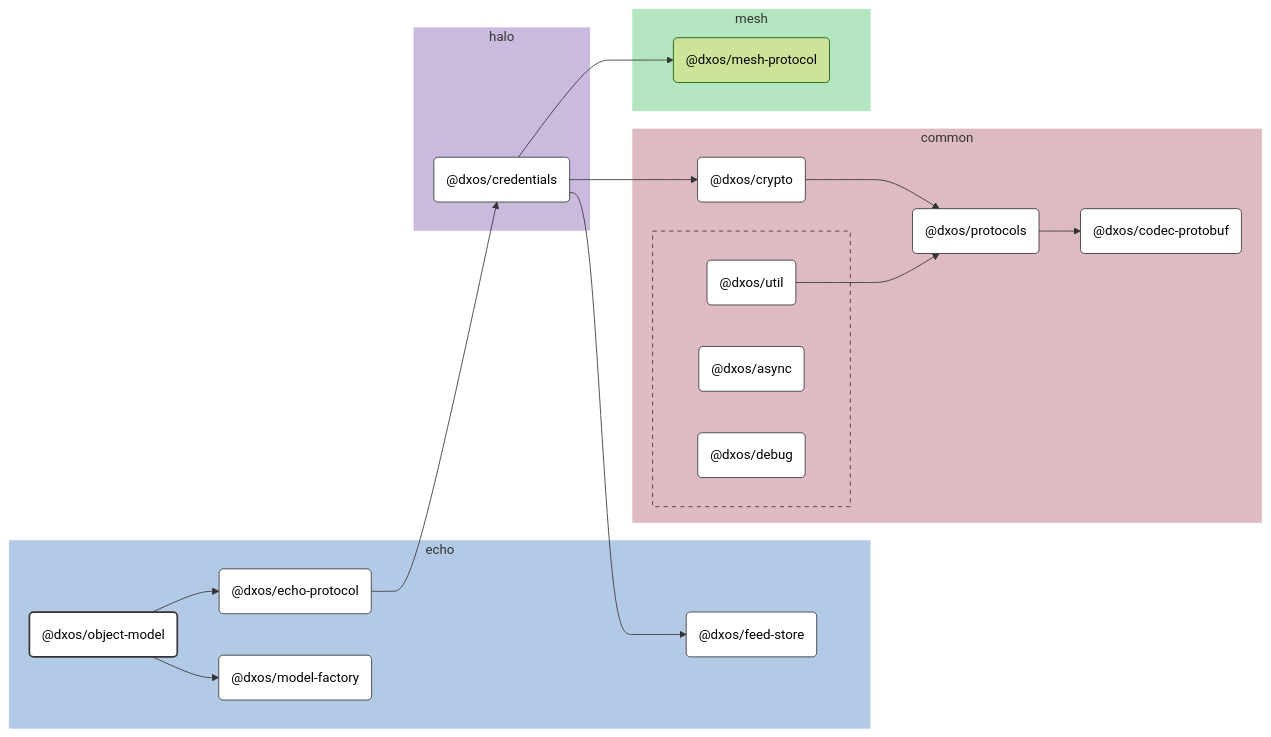
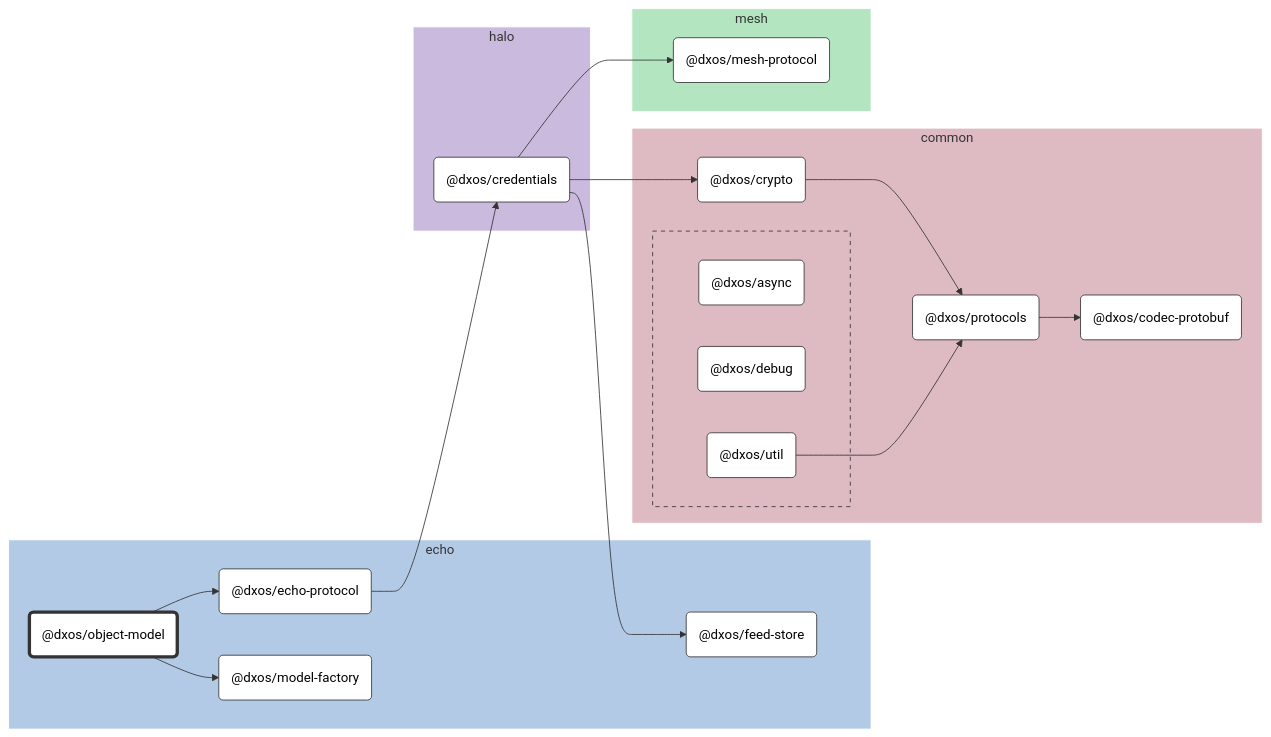
Before and after one commit to dxos/dxos: the diagram in packages/echo/object-model/docs/README.md, drawn with Mermaid (forest theme). The commit also changed other lines of this file and 104 other files, not shown here.

````diff
--- a/packages/echo/object-model/docs/README.md
+++ b/packages/echo/object-model/docs/README.md
@@ -9,83 +9,65 @@
 
 flowchart LR
 
-%% Links
-dxos/credentials --> dxos/crypto;
-dxos/credentials --> dxos/feed-store;
-dxos/credentials --> dxos/mesh-protocol;
-dxos/crypto --> dxos/protocols;
-dxos/echo-protocol --> dxos/credentials;
-dxos/object-model --> dxos/echo-protocol;
-dxos/object-model --> dxos/model-factory;
-dxos/protocols --> dxos/codec-protobuf;
-dxos/util --> dxos/protocols;
+%% Classes
+classDef def fill:#fff,stroke:#333,stroke-width:1px
+classDef root fill:#fff,stroke:#333,stroke-width:4px
 
-%% Sections
-subgraph echo
-  style echo fill:#b3cae6,stroke:#fff;
+%% Nodes
 
-  dxos/echo-protocol("@dxos/echo-protocol")
-  dxos/feed-store("@dxos/feed-store")
-  dxos/model-factory("@dxos/model-factory")
-  dxos/object-model("@dxos/object-model")
+subgraph echo [echo]
+  style echo fill:#b3cae6,stroke:#fff
+  dxos/object-model("@dxos/object-model"):::root
+  click dxos/object-model "dxos/dxos/tree/main/packages/echo/object-model/docs"
+  dxos/echo-protocol("@dxos/echo-protocol"):::def
+  click dxos/echo-protocol "dxos/dxos/tree/main/packages/echo/echo-protocol/docs"
+  dxos/feed-store("@dxos/feed-store"):::def
+  click dxos/feed-store "dxos/dxos/tree/main/packages/echo/feed-store/docs"
+  dxos/model-factory("@dxos/model-factory"):::def
+  click dxos/model-factory "dxos/dxos/tree/main/packages/echo/model-factory/docs"
 end
 
-subgraph common
-  style common fill:#debac2,stroke:#fff;
-
-  dxos/codec-protobuf("@dxos/codec-protobuf")
-  dxos/crypto("@dxos/crypto")
-  dxos/protocols("@dxos/protocols")
+subgraph common [common]
+  style common fill:#debac2,stroke:#fff
+  dxos/codec-protobuf("@dxos/codec-protobuf"):::def
+  click dxos/codec-protobuf "dxos/dxos/tree/main/packages/common/codec-protobuf/docs"
+  dxos/crypto("@dxos/crypto"):::def
+  click dxos/crypto "dxos/dxos/tree/main/packages/common/crypto/docs"
+  dxos/protocols("@dxos/protocols"):::def
+  click dxos/protocols "dxos/dxos/tree/main/packages/common/protocols/docs"
 
   subgraph common-excluded [ ]
-    style common-excluded fill:#debac2,stroke:#333,stroke-dasharray:5 5;
-
-    dxos/async("@dxos/async")
-    dxos/debug("@dxos/debug")
-    dxos/util("@dxos/util")
+    style common-excluded fill:#debac2,stroke:#333,stroke-dasharray:5 5
+    dxos/async("@dxos/async"):::def
+    click dxos/async "dxos/dxos/tree/main/packages/common/async/docs"
+    dxos/debug("@dxos/debug"):::def
+    click dxos/debug "dxos/dxos/tree/main/packages/common/debug/docs"
+    dxos/util("@dxos/util"):::def
+    click dxos/util "dxos/dxos/tree/main/packages/common/util/docs"
   end
 end
 
-subgraph halo
-  style halo fill:#cabade,stroke:#fff;
-
-  dxos/credentials("@dxos/credentials")
+subgraph halo [halo]
+  style halo fill:#cabade,stroke:#fff
+  dxos/credentials("@dxos/credentials"):::def
+  click dxos/credentials "dxos/dxos/tree/main/packages/halo/credentials/docs"
 end
 
-subgraph mesh
-  style mesh fill:#b3e6c0,stroke:#fff;
-
-  dxos/mesh-protocol("@dxos/mesh-protocol")
+subgraph mesh [mesh]
+  style mesh fill:#b3e6c0,stroke:#fff
+  dxos/mesh-protocol("@dxos/mesh-protocol"):::def
+  click dxos/mesh-protocol "dxos/dxos/tree/main/packages/mesh/mesh-protocol/docs"
 end
 
-
-%% Hyperlinks
-click dxos/async "dxos/dxos/tree/main/packages/common/async/docs";
-click dxos/codec-protobuf "dxos/dxos/tree/main/packages/common/codec-protobuf/docs";
-click dxos/credentials "dxos/dxos/tree/main/packages/halo/credentials/docs";
-click dxos/crypto "dxos/dxos/tree/main/packages/common/crypto/docs";
-click dxos/debug "dxos/dxos/tree/main/packages/common/debug/docs";
-click dxos/echo-protocol "dxos/dxos/tree/main/packages/echo/echo-protocol/docs";
-click dxos/feed-store "dxos/dxos/tree/main/packages/echo/feed-store/docs";
-click dxos/model-factory "dxos/dxos/tree/main/packages/echo/model-factory/docs";
-click dxos/protocols "dxos/dxos/tree/main/packages/common/protocols/docs";
-click dxos/util "dxos/dxos/tree/main/packages/common/util/docs";
-
-%% Styles
-classDef rootNode fill:#fff,stroke:#333,stroke-width:2px
-classDef defaultNode fill:#fff,stroke:#333,stroke-width:1px
+%% Links
 linkStyle default stroke:#333,stroke-width:1px
-
-dxos/object-model:::rootNode
-
-dxos/async:::defaultNode
-dxos/codec-protobuf:::defaultNode
-dxos/credentials:::defaultNode
-dxos/crypto:::defaultNode
-dxos/debug:::defaultNode
-dxos/echo-protocol:::defaultNode
-dxos/feed-store:::defaultNode
-dxos/model-factory:::defaultNode
-dxos/protocols:::defaultNode
-dxos/util:::defaultNode
+dxos/object-model --> dxos/echo-protocol
+dxos/echo-protocol --> dxos/credentials
+dxos/credentials --> dxos/crypto
+dxos/crypto --> dxos/protocols
+dxos/protocols --> dxos/codec-protobuf
+dxos/credentials --> dxos/feed-store
+dxos/util --> dxos/protocols
+dxos/credentials --> dxos/mesh-protocol
+dxos/object-model --> dxos/model-factory
 ```
````
